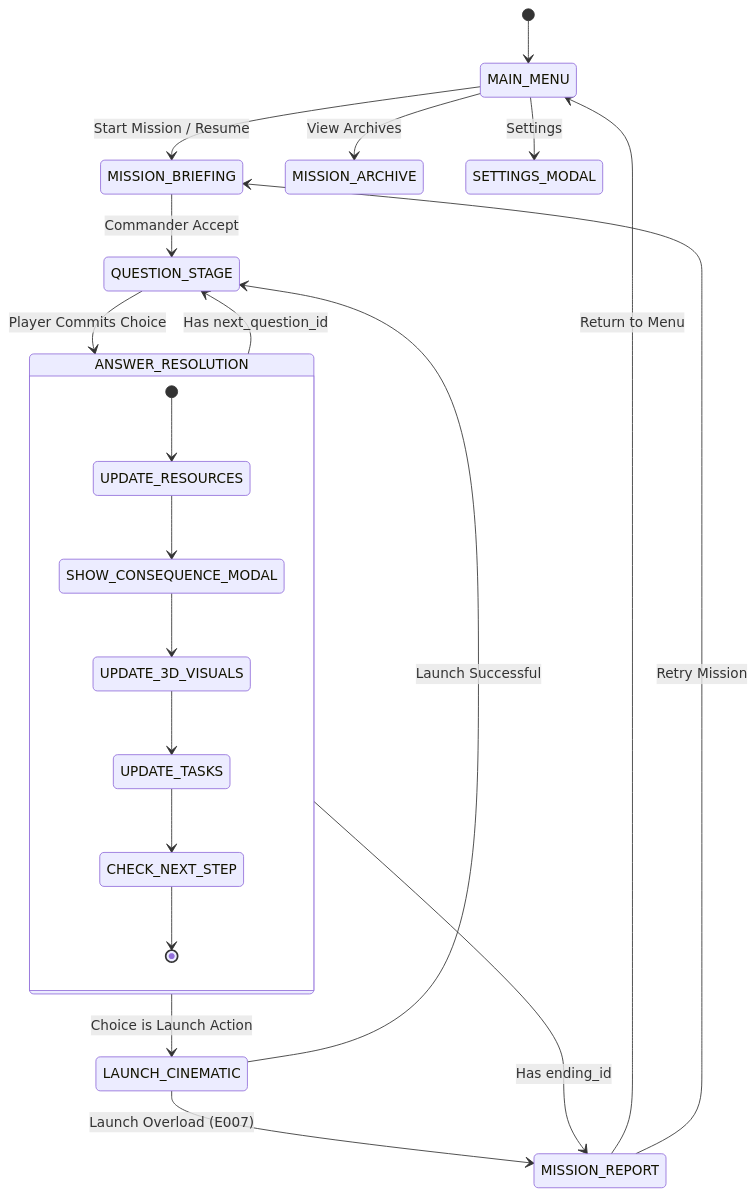
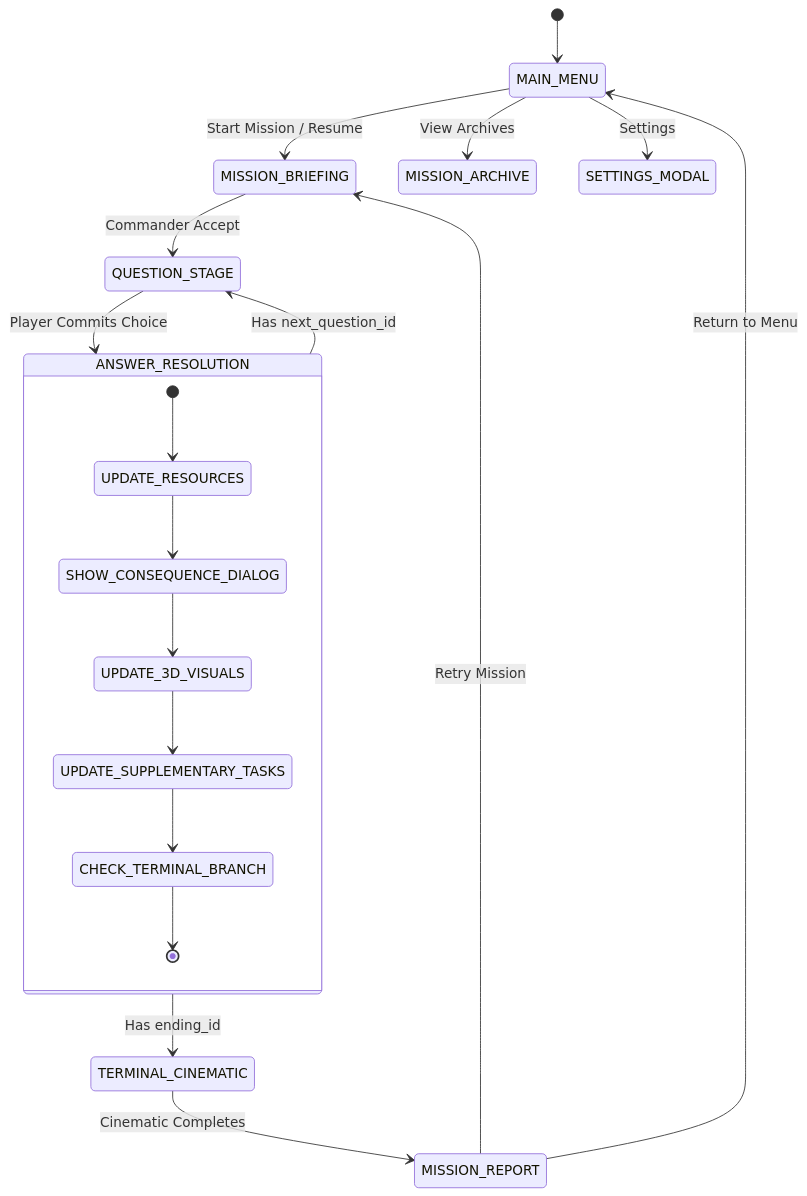
Before and after one commit to mohamedkhaledcs/nova-script: the diagram in docs/GAMEPLAY_FLOW.md, drawn with Mermaid. The commit also changed other lines of this file and 14 other files, not shown here.

Commit message:
docs: align Phase 0 documentation with exact JSON data, normalized resources, security and audio architecture

````diff
--- a/docs/GAMEPLAY_FLOW.md
+++ b/docs/GAMEPLAY_FLOW.md
@@ -7,29 +13,26 @@
 ```mermaid
 stateDiagram-v2
     [*] --> MAIN_MENU
     MAIN_MENU --> MISSION_BRIEFING : Start Mission / Resume
     MAIN_MENU --> MISSION_ARCHIVE : View Archives
     MAIN_MENU --> SETTINGS_MODAL : Settings
 
     MISSION_BRIEFING --> QUESTION_STAGE : Commander Accept
     QUESTION_STAGE --> ANSWER_RESOLUTION : Player Commits Choice
     
     state ANSWER_RESOLUTION {
         [*] --> UPDATE_RESOURCES
-        UPDATE_RESOURCES --> SHOW_CONSEQUENCE_MODAL
-        SHOW_CONSEQUENCE_MODAL --> UPDATE_3D_VISUALS
-        UPDATE_3D_VISUALS --> UPDATE_TASKS
-        UPDATE_TASKS --> CHECK_NEXT_STEP
-        CHECK_NEXT_STEP --> [*]
+        UPDATE_RESOURCES --> SHOW_CONSEQUENCE_DIALOG
+        SHOW_CONSEQUENCE_DIALOG --> UPDATE_3D_VISUALS
+        UPDATE_3D_VISUALS --> UPDATE_SUPPLEMENTARY_TASKS
+        UPDATE_SUPPLEMENTARY_TASKS --> CHECK_TERMINAL_BRANCH
+        CHECK_TERMINAL_BRANCH --> [*]
     }
 
-    ANSWER_RESOLUTION --> LAUNCH_CINEMATIC : Choice is Launch Action
     ANSWER_RESOLUTION --> QUESTION_STAGE : Has next_question_id
-    ANSWER_RESOLUTION --> MISSION_REPORT : Has ending_id
+    ANSWER_RESOLUTION --> TERMINAL_CINEMATIC : Has ending_id
 
-    LAUNCH_CINEMATIC --> QUESTION_STAGE : Launch Successful
-    LAUNCH_CINEMATIC --> MISSION_REPORT : Launch Overload (E007)
-
+    TERMINAL_CINEMATIC --> MISSION_REPORT : Cinematic Completes
     MISSION_REPORT --> MAIN_MENU : Return to Menu
     MISSION_REPORT --> MISSION_BRIEFING : Retry Mission
 ```
````
